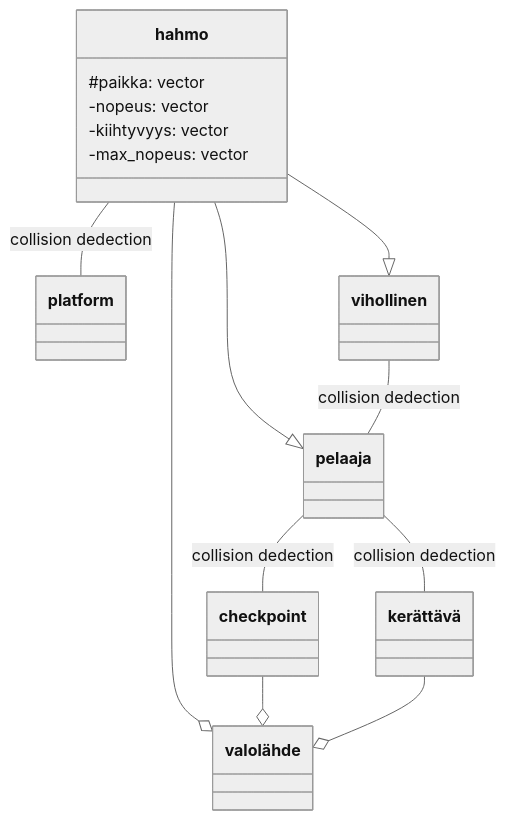
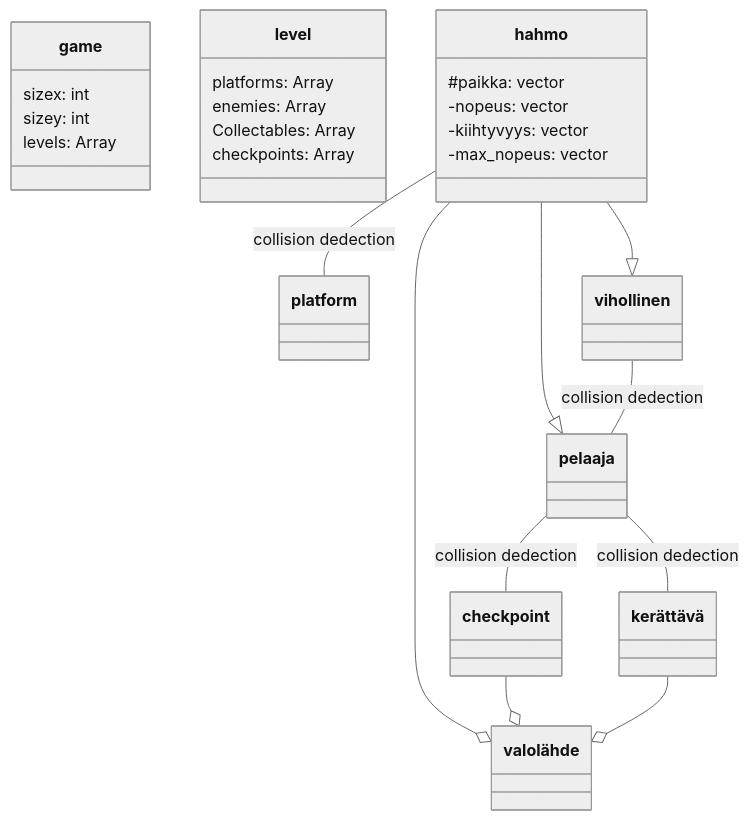
The diagram in Projekti/Dokumentit/Luokkia.md (levitesuo/ot-harjoitustyo), drawn with Mermaid (neutral theme) before and after one commit. The commit also changed 2 other files, not shown here.

Commit message:
Lopettelua

````diff
--- a/Projekti/Dokumentit/Luokkia.md
+++ b/Projekti/Dokumentit/Luokkia.md
@@ -1,27 +1,40 @@
 ```Mermaid
 classDiagram
+    class game{
+        sizex: int
+        sizey: int
+        levels: Array
+    }
+    
+    class level{
+        platforms: Array
+        enemies: Array
+        Collectables: Array
+        checkpoints: Array
+
+    }
     class hahmo {
         #paikka: vector
         -nopeus: vector
         -kiihtyvyys: vector
         -max_nopeus: vector
     }
     class pelaaja{
         
     }
     class kerättävä
     class checkpoint
     class platform
     class vihollinen
     class valolähde
     
     hahmo --|> pelaaja
     hahmo --|> vihollinen
     pelaaja -- kerättävä :collision dedection
     hahmo -- platform :collision dedection
     pelaaja -- checkpoint :collision dedection
     vihollinen -- pelaaja :collision dedection
     hahmo --o valolähde
     checkpoint --o valolähde
     kerättävä --o valolähde
 ```
````
